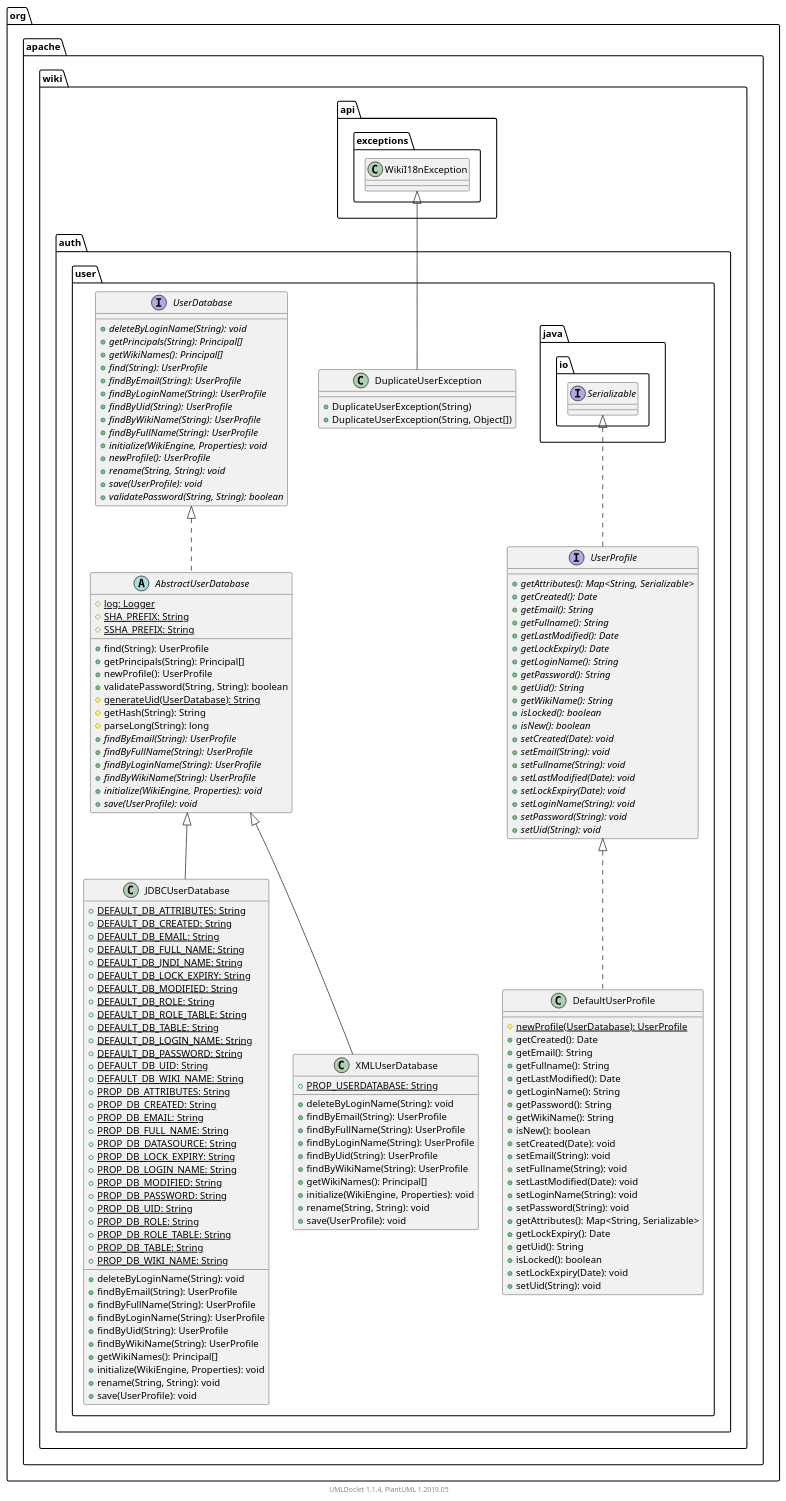
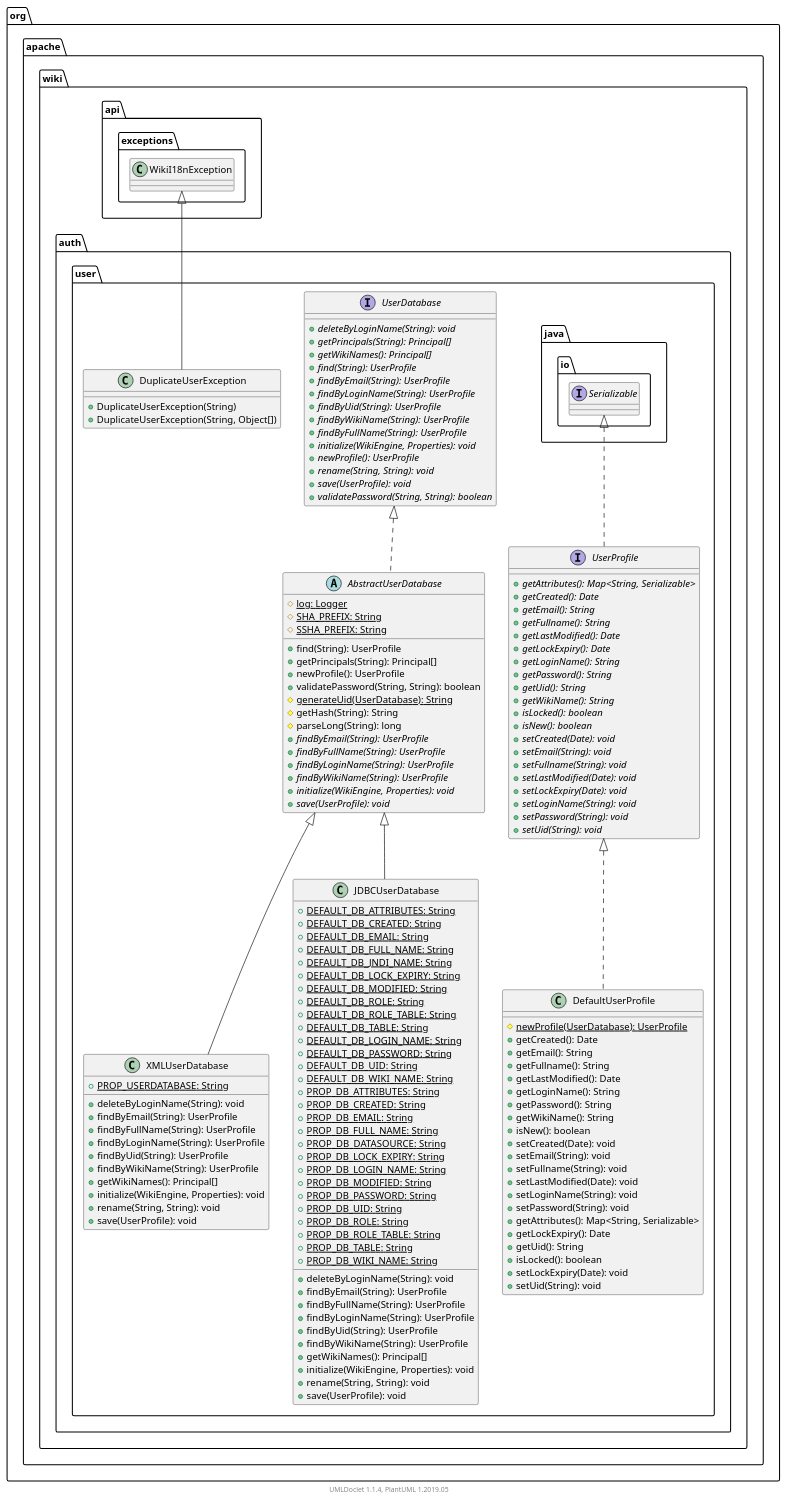
One commit to apache/jspwiki-site changed the diagram in apidocs/2.11.0.M6-SNAPSHOT/org/apache/wiki/auth/user/package.puml. Above: the diagram before and after it, drawn with PlantUML. The commit also changed other lines of this file and 1588 other files, not shown here.

```diff
--- a/apidocs/2.11.0.M6-SNAPSHOT/org/apache/wiki/auth/user/package.puml
+++ b/apidocs/2.11.0.M6-SNAPSHOT/org/apache/wiki/auth/user/package.puml
@@ -1,166 +1,166 @@
 @startuml
 
     namespace org.apache.wiki.auth.user {
-
-        interface UserProfile [[UserProfile.html]] {
-            {abstract} +getAttributes(): Map<String, Serializable>
-            {abstract} +getCreated(): Date
-            {abstract} +getEmail(): String
-            {abstract} +getFullname(): String
-            {abstract} +getLastModified(): Date
-            {abstract} +getLockExpiry(): Date
-            {abstract} +getLoginName(): String
-            {abstract} +getPassword(): String
-            {abstract} +getUid(): String
-            {abstract} +getWikiName(): String
-            {abstract} +isLocked(): boolean
-            {abstract} +isNew(): boolean
-            {abstract} +setCreated(Date): void
-            {abstract} +setEmail(String): void
-            {abstract} +setFullname(String): void
-            {abstract} +setLastModified(Date): void
-            {abstract} +setLockExpiry(Date): void
-            {abstract} +setLoginName(String): void
-            {abstract} +setPassword(String): void
-            {abstract} +setUid(String): void
-        }
-
-        class DefaultUserProfile [[DefaultUserProfile.html]] {
-            {static} #newProfile(UserDatabase): UserProfile
-            +getCreated(): Date
-            +getEmail(): String
-            +getFullname(): String
-            +getLastModified(): Date
-            +getLoginName(): String
-            +getPassword(): String
-            +getWikiName(): String
-            +isNew(): boolean
-            +setCreated(Date): void
-            +setEmail(String): void
-            +setFullname(String): void
-            +setLastModified(Date): void
-            +setLoginName(String): void
-            +setPassword(String): void
-            +getAttributes(): Map<String, Serializable>
-            +getLockExpiry(): Date
-            +getUid(): String
-            +isLocked(): boolean
-            +setLockExpiry(Date): void
-            +setUid(String): void
-        }
-
-        class DuplicateUserException [[DuplicateUserException.html]] {
-            +DuplicateUserException(String)
-            +DuplicateUserException(String, Object[])
-        }
-
-        class JDBCUserDatabase [[JDBCUserDatabase.html]] {
-            {static} +DEFAULT_DB_ATTRIBUTES: String
-            {static} +DEFAULT_DB_CREATED: String
-            {static} +DEFAULT_DB_EMAIL: String
-            {static} +DEFAULT_DB_FULL_NAME: String
-            {static} +DEFAULT_DB_JNDI_NAME: String
-            {static} +DEFAULT_DB_LOCK_EXPIRY: String
-            {static} +DEFAULT_DB_MODIFIED: String
-            {static} +DEFAULT_DB_ROLE: String
-            {static} +DEFAULT_DB_ROLE_TABLE: String
-            {static} +DEFAULT_DB_TABLE: String
-            {static} +DEFAULT_DB_LOGIN_NAME: String
-            {static} +DEFAULT_DB_PASSWORD: String
-            {static} +DEFAULT_DB_UID: String
-            {static} +DEFAULT_DB_WIKI_NAME: String
-            {static} +PROP_DB_ATTRIBUTES: String
-            {static} +PROP_DB_CREATED: String
-            {static} +PROP_DB_EMAIL: String
-            {static} +PROP_DB_FULL_NAME: String
-            {static} +PROP_DB_DATASOURCE: String
-            {static} +PROP_DB_LOCK_EXPIRY: String
-            {static} +PROP_DB_LOGIN_NAME: String
-            {static} +PROP_DB_MODIFIED: String
-            {static} +PROP_DB_PASSWORD: String
-            {static} +PROP_DB_UID: String
-            {static} +PROP_DB_ROLE: String
-            {static} +PROP_DB_ROLE_TABLE: String
-            {static} +PROP_DB_TABLE: String
-            {static} +PROP_DB_WIKI_NAME: String
-            +deleteByLoginName(String): void
-            +findByEmail(String): UserProfile
-            +findByFullName(String): UserProfile
-            +findByLoginName(String): UserProfile
-            +findByUid(String): UserProfile
-            +findByWikiName(String): UserProfile
-            +getWikiNames(): Principal[]
-            +initialize(WikiEngine, Properties): void
-            +rename(String, String): void
-            +save(UserProfile): void
-        }
 
         class XMLUserDatabase [[XMLUserDatabase.html]] {
             {static} +PROP_USERDATABASE: String
             +deleteByLoginName(String): void
             +findByEmail(String): UserProfile
             +findByFullName(String): UserProfile
             +findByLoginName(String): UserProfile
             +findByUid(String): UserProfile
             +findByWikiName(String): UserProfile
             +getWikiNames(): Principal[]
             +initialize(WikiEngine, Properties): void
             +rename(String, String): void
             +save(UserProfile): void
         }
 
         interface UserDatabase [[UserDatabase.html]] {
             {abstract} +deleteByLoginName(String): void
             {abstract} +getPrincipals(String): Principal[]
             {abstract} +getWikiNames(): Principal[]
             {abstract} +find(String): UserProfile
             {abstract} +findByEmail(String): UserProfile
             {abstract} +findByLoginName(String): UserProfile
             {abstract} +findByUid(String): UserProfile
             {abstract} +findByWikiName(String): UserProfile
             {abstract} +findByFullName(String): UserProfile
             {abstract} +initialize(WikiEngine, Properties): void
             {abstract} +newProfile(): UserProfile
             {abstract} +rename(String, String): void
             {abstract} +save(UserProfile): void
             {abstract} +validatePassword(String, String): boolean
         }
 
         abstract class AbstractUserDatabase [[AbstractUserDatabase.html]] {
             {static} #log: Logger
             {static} #SHA_PREFIX: String
             {static} #SSHA_PREFIX: String
             +find(String): UserProfile
             +getPrincipals(String): Principal[]
             +newProfile(): UserProfile
             +validatePassword(String, String): boolean
             {static} #generateUid(UserDatabase): String
             #getHash(String): String
             #parseLong(String): long
             {abstract} +findByEmail(String): UserProfile
             {abstract} +findByFullName(String): UserProfile
             {abstract} +findByLoginName(String): UserProfile
             {abstract} +findByWikiName(String): UserProfile
             {abstract} +initialize(WikiEngine, Properties): void
             {abstract} +save(UserProfile): void
         }
 
+        class DefaultUserProfile [[DefaultUserProfile.html]] {
+            {static} #newProfile(UserDatabase): UserProfile
+            +getCreated(): Date
+            +getEmail(): String
+            +getFullname(): String
+            +getLastModified(): Date
+            +getLoginName(): String
+            +getPassword(): String
+            +getWikiName(): String
+            +isNew(): boolean
+            +setCreated(Date): void
+            +setEmail(String): void
+            +setFullname(String): void
+            +setLastModified(Date): void
+            +setLoginName(String): void
+            +setPassword(String): void
+            +getAttributes(): Map<String, Serializable>
+            +getLockExpiry(): Date
+            +getUid(): String
+            +isLocked(): boolean
+            +setLockExpiry(Date): void
+            +setUid(String): void
+        }
+
+        interface UserProfile [[UserProfile.html]] {
+            {abstract} +getAttributes(): Map<String, Serializable>
+            {abstract} +getCreated(): Date
+            {abstract} +getEmail(): String
+            {abstract} +getFullname(): String
+            {abstract} +getLastModified(): Date
+            {abstract} +getLockExpiry(): Date
+            {abstract} +getLoginName(): String
+            {abstract} +getPassword(): String
+            {abstract} +getUid(): String
+            {abstract} +getWikiName(): String
+            {abstract} +isLocked(): boolean
+            {abstract} +isNew(): boolean
+            {abstract} +setCreated(Date): void
+            {abstract} +setEmail(String): void
+            {abstract} +setFullname(String): void
+            {abstract} +setLastModified(Date): void
+            {abstract} +setLockExpiry(Date): void
+            {abstract} +setLoginName(String): void
+            {abstract} +setPassword(String): void
+            {abstract} +setUid(String): void
+        }
+
+        class DuplicateUserException [[DuplicateUserException.html]] {
+            +DuplicateUserException(String)
+            +DuplicateUserException(String, Object[])
+        }
+
+        class JDBCUserDatabase [[JDBCUserDatabase.html]] {
+            {static} +DEFAULT_DB_ATTRIBUTES: String
+            {static} +DEFAULT_DB_CREATED: String
+            {static} +DEFAULT_DB_EMAIL: String
+            {static} +DEFAULT_DB_FULL_NAME: String
+            {static} +DEFAULT_DB_JNDI_NAME: String
+            {static} +DEFAULT_DB_LOCK_EXPIRY: String
+            {static} +DEFAULT_DB_MODIFIED: String
+            {static} +DEFAULT_DB_ROLE: String
+            {static} +DEFAULT_DB_ROLE_TABLE: String
+            {static} +DEFAULT_DB_TABLE: String
+            {static} +DEFAULT_DB_LOGIN_NAME: String
+            {static} +DEFAULT_DB_PASSWORD: String
+            {static} +DEFAULT_DB_UID: String
+            {static} +DEFAULT_DB_WIKI_NAME: String
+            {static} +PROP_DB_ATTRIBUTES: String
+            {static} +PROP_DB_CREATED: String
+            {static} +PROP_DB_EMAIL: String
+            {static} +PROP_DB_FULL_NAME: String
+            {static} +PROP_DB_DATASOURCE: String
+            {static} +PROP_DB_LOCK_EXPIRY: String
+            {static} +PROP_DB_LOGIN_NAME: String
+            {static} +PROP_DB_MODIFIED: String
+            {static} +PROP_DB_PASSWORD: String
+            {static} +PROP_DB_UID: String
+            {static} +PROP_DB_ROLE: String
+            {static} +PROP_DB_ROLE_TABLE: String
+            {static} +PROP_DB_TABLE: String
+            {static} +PROP_DB_WIKI_NAME: String
+            +deleteByLoginName(String): void
+            +findByEmail(String): UserProfile
+            +findByFullName(String): UserProfile
+            +findByLoginName(String): UserProfile
+            +findByUid(String): UserProfile
+            +findByWikiName(String): UserProfile
+            +getWikiNames(): Principal[]
+            +initialize(WikiEngine, Properties): void
+            +rename(String, String): void
+            +save(UserProfile): void
+        }
+
+        AbstractUserDatabase <|-- XMLUserDatabase
+
+        UserDatabase <|.. AbstractUserDatabase
+
+        UserProfile <|.. DefaultUserProfile
+
         interface java.io.Serializable
         java.io.Serializable <|.. UserProfile
-
-        UserProfile <|.. DefaultUserProfile
 
         class org.apache.wiki.api.exceptions.WikiI18nException
         org.apache.wiki.api.exceptions.WikiI18nException <|-- DuplicateUserException
 
         AbstractUserDatabase <|-- JDBCUserDatabase
 
-        AbstractUserDatabase <|-- XMLUserDatabase
-
-        UserDatabase <|.. AbstractUserDatabase
-
     }
 
 
     center footer UMLDoclet 1.1.4, PlantUML 1.2019.05
 @enduml
```
